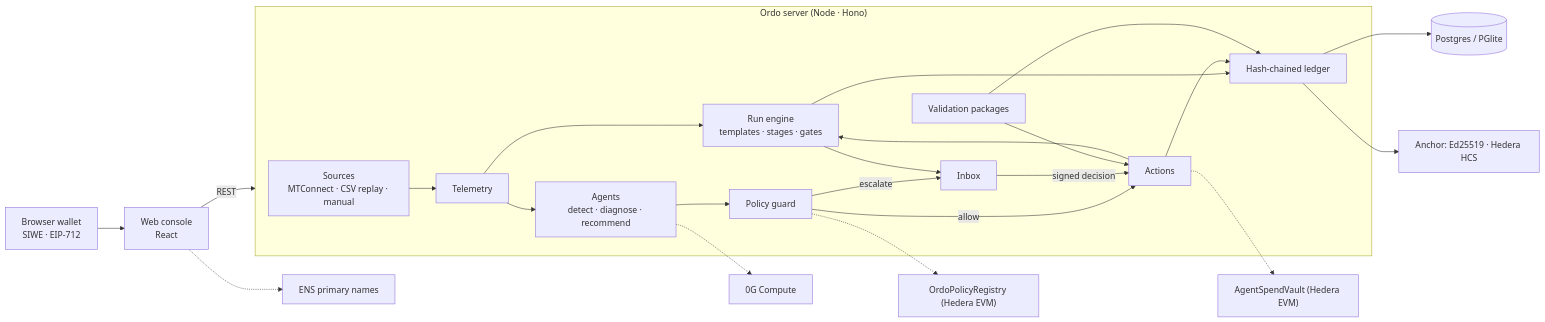
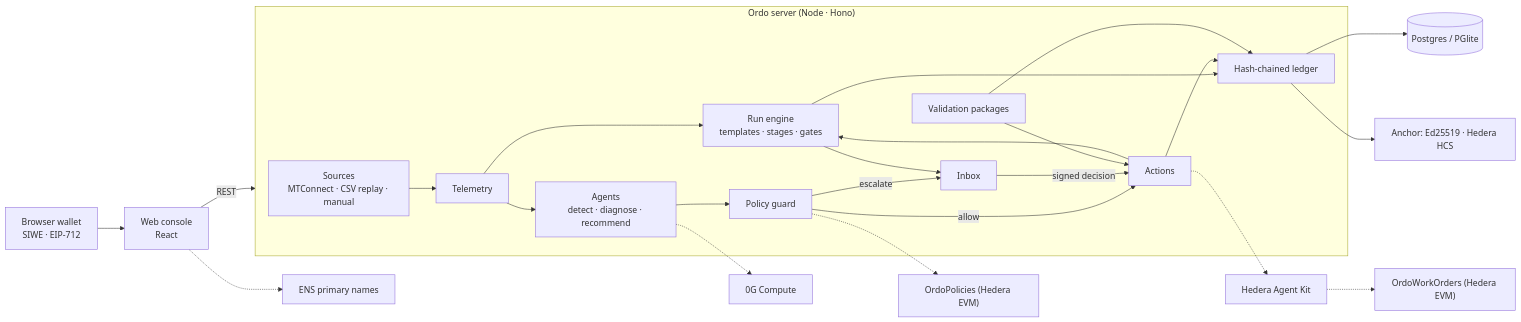
Before and after one commit to AloysJehwin/ai_warriors: the diagram in README.md, drawn with Mermaid. The commit also changed other lines of this file and 15 other files, not shown here.

First line of the commit message:
Console: work orders page, autonomy co-signing; docs for the new contracts

````diff
--- a/README.md
+++ b/README.md
@@ -42,22 +43,22 @@
 ```mermaid
 flowchart LR
     wallet["Browser wallet<br/>SIWE · EIP-712"] --> ui["Web console<br/>React"]
     ui -- REST --> api
     subgraph api["Ordo server (Node · Hono)"]
         src["Sources<br/>MTConnect · CSV replay · manual"] --> tel["Telemetry"]
         tel --> engine["Run engine<br/>templates · stages · gates"]
         tel --> mon["Agents<br/>detect · diagnose · recommend"] --> guard["Policy guard"]
         guard -- allow --> act["Actions"]
         guard -- escalate --> inbox["Inbox"] -- signed decision --> act
         engine --> inbox
         act --> engine
         val["Validation packages"] --> act
         engine & act & val --> ledger["Hash-chained ledger"]
     end
     ledger --> db[("Postgres / PGlite")]
     ledger --> anchor["Anchor: Ed25519 · Hedera HCS"]
-    guard -.-> reg["OrdoPolicyRegistry (Hedera EVM)"]
-    act -.-> vault["AgentSpendVault (Hedera EVM)"]
+    guard -.-> reg["OrdoPolicies (Hedera EVM)"]
+    act -.-> kit["Hedera Agent Kit"] -.-> vault["OrdoWorkOrders (Hedera EVM)"]
     mon -.-> og["0G Compute"]
     ui -.-> ens["ENS primary names"]
 ```
````
